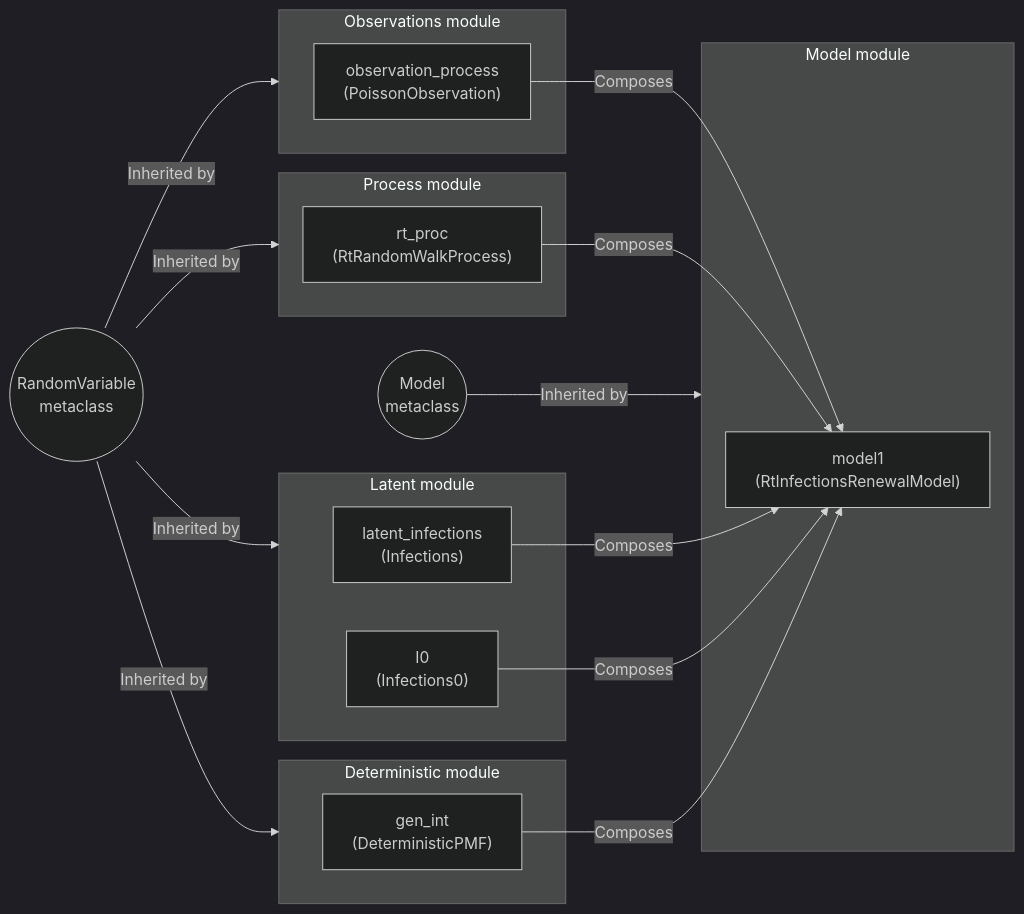
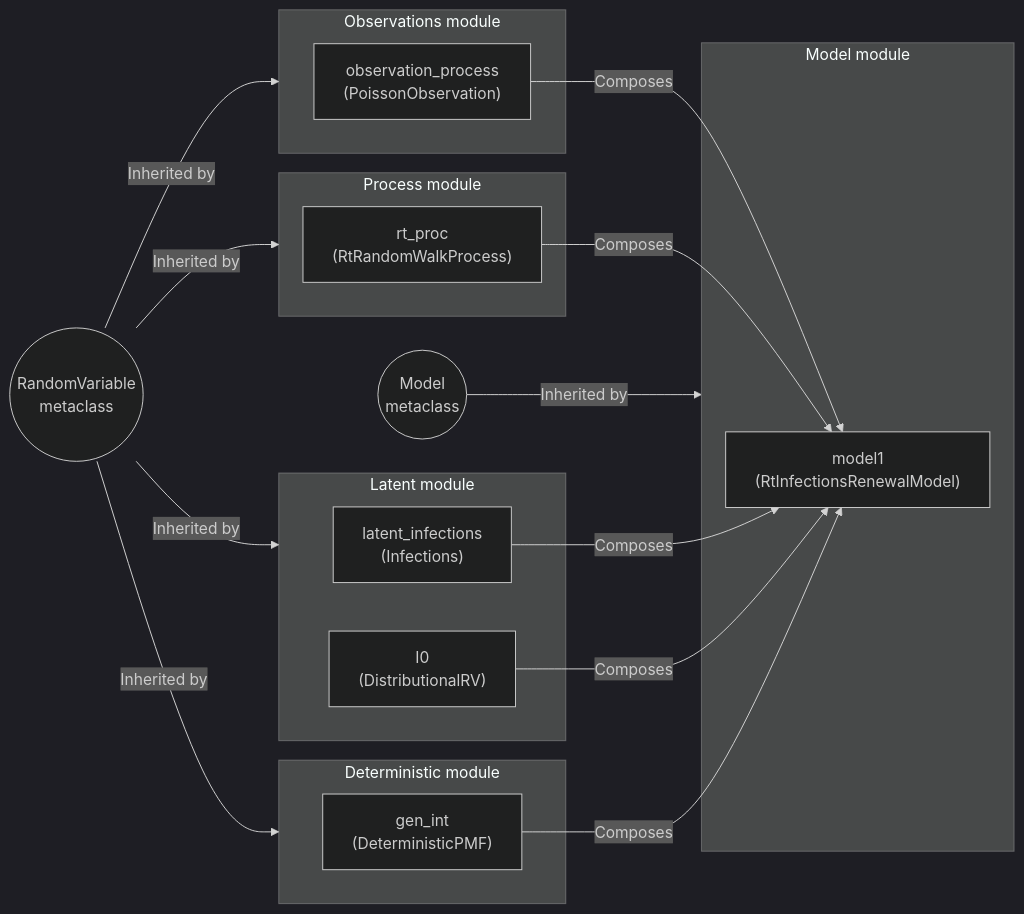
Before and after one commit to CDCgov/PyRenew: the second of 2 diagrams in model/docs/getting-started.qmd, drawn with Mermaid (dark theme). The commit also changed other lines of this file and 7 other files, not shown here.

````diff
--- a/model/docs/getting-started.qmd
+++ b/model/docs/getting-started.qmd
@@ -212,40 +206,40 @@
 ```mermaid
 %%| label: overview-of-RtInfectionsRenewalModel
 %%| include: true
 flowchart LR
     rand((RandomVariable\nmetaclass))
     models((Model\nmetaclass))
 
     subgraph observations[Observations module]
         obs["observation_process\n(PoissonObservation)"]
     end
 
     subgraph latent[Latent module]
         inf["latent_infections\n(Infections)"]
-        i0["I0\n(Infections0)"]
+        i0["I0\n(DistributionalRV)"]
     end
 
     subgraph process[Process module]
         rt["rt_proc\n(RtRandomWalkProcess)"]
     end
 
     subgraph deterministic[Deterministic module]
         detpmf["gen_int\n(DeterministicPMF)"]
     end
 
     subgraph model[Model module]
         model1["model1\n(RtInfectionsRenewalModel)"]
     end
 
     rand-->|Inherited by|observations
     rand-->|Inherited by|process
     rand-->|Inherited by|latent
     rand-->|Inherited by|deterministic
     models-->|Inherited by|model
 
     detpmf-->|Composes|model1
     i0-->|Composes|model1
     rt-->|Composes|model1
     obs-->|Composes|model1
     inf-->|Composes|model1
 ```
````
